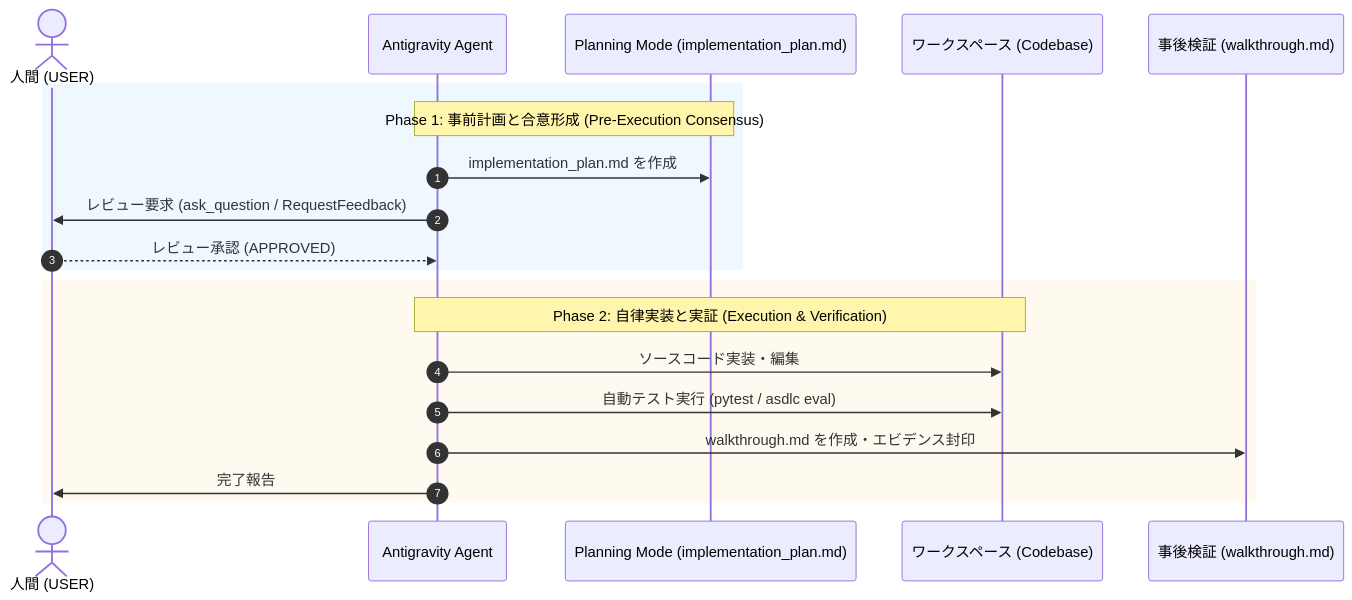
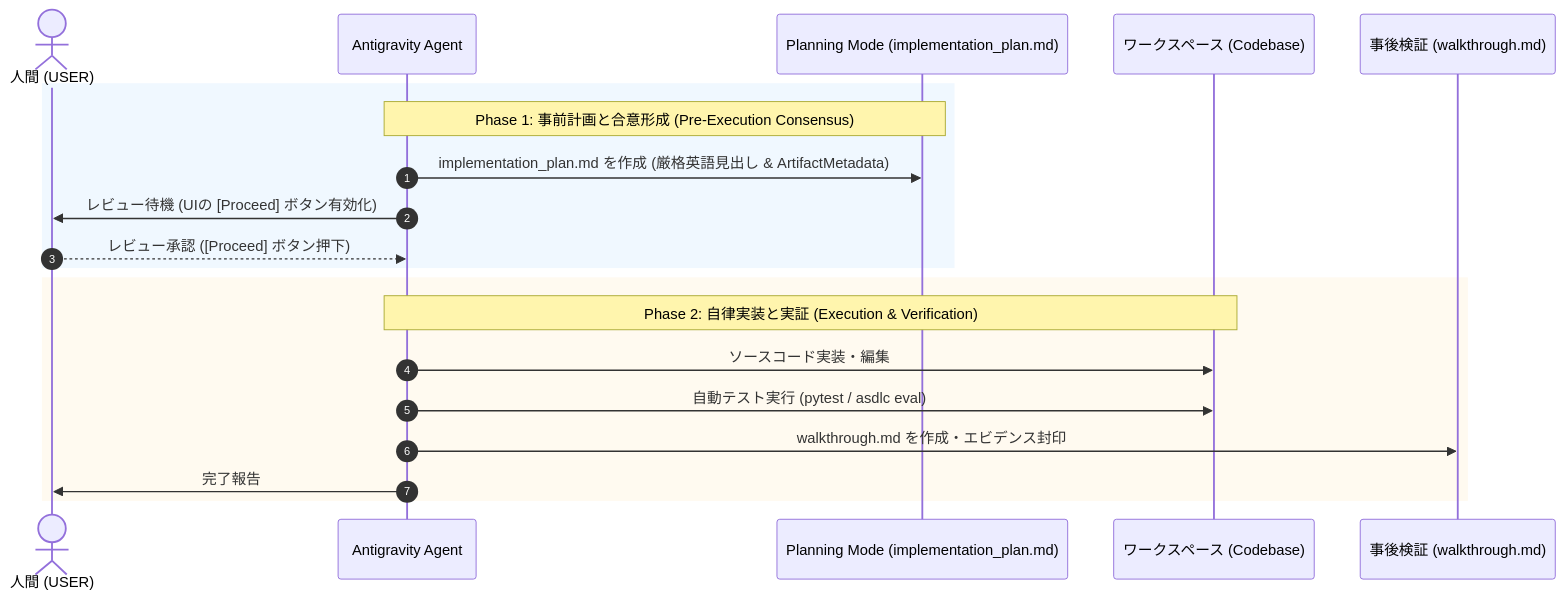
Before and after one commit to sun-flat-yamada/ai-sdlc: the diagram in .agents/skills/antigravity-two-phase-governance/SKILL.md, drawn with Mermaid. The commit also changed other lines of this file and 3 other files, not shown here.

````diff
--- a/.agents/skills/antigravity-two-phase-governance/SKILL.md
+++ b/.agents/skills/antigravity-two-phase-governance/SKILL.md
@@ -10,24 +13,24 @@
 ```mermaid
 sequenceDiagram
     autonumber
     actor User as 人間 (USER)
     participant Agent as Antigravity Agent
     participant Planning as Planning Mode (implementation_plan.md)
     participant Codebase as ワークスペース (Codebase)
     participant Walkthrough as 事後検証 (walkthrough.md)
 
     rect rgb(240, 248, 255)
     Note over Agent, Planning: Phase 1: 事前計画と合意形成 (Pre-Execution Consensus)
-    Agent->>Planning: implementation_plan.md を作成
-    Agent->>User: レビュー要求 (ask_question / RequestFeedback)
-    User-->>Agent: レビュー承認 (APPROVED)
+    Agent->>Planning: implementation_plan.md を作成 (厳格英語見出し & ArtifactMetadata)
+    Agent->>User: レビュー待機 (UIの [Proceed] ボタン有効化)
+    User-->>Agent: レビュー承認 ([Proceed] ボタン押下)
     end
 
     rect rgb(255, 250, 240)
     Note over Agent, Codebase: Phase 2: 自律実装と実証 (Execution & Verification)
     Agent->>Codebase: ソースコード実装・編集
     Agent->>Codebase: 自動テスト実行 (pytest / asdlc eval)
     Agent->>Walkthrough: walkthrough.md を作成・エビデンス封印
     Agent->>User: 完了報告
     end
 ```
````
